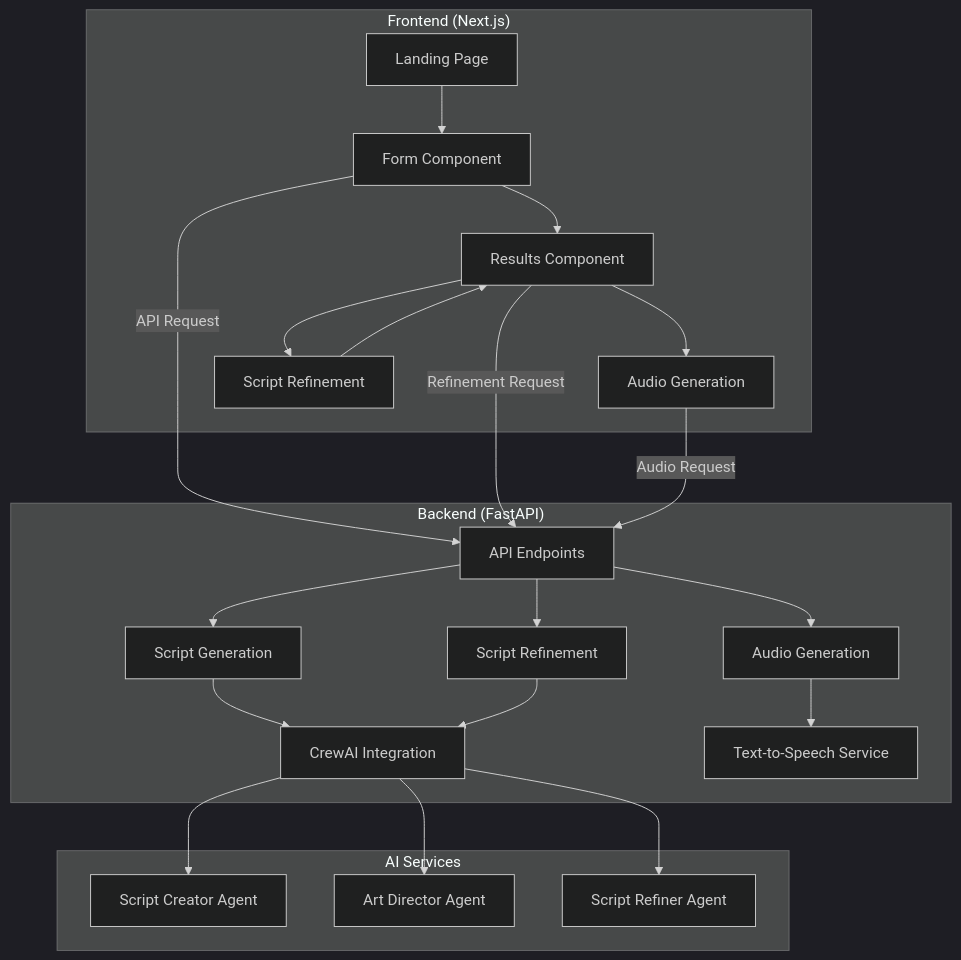
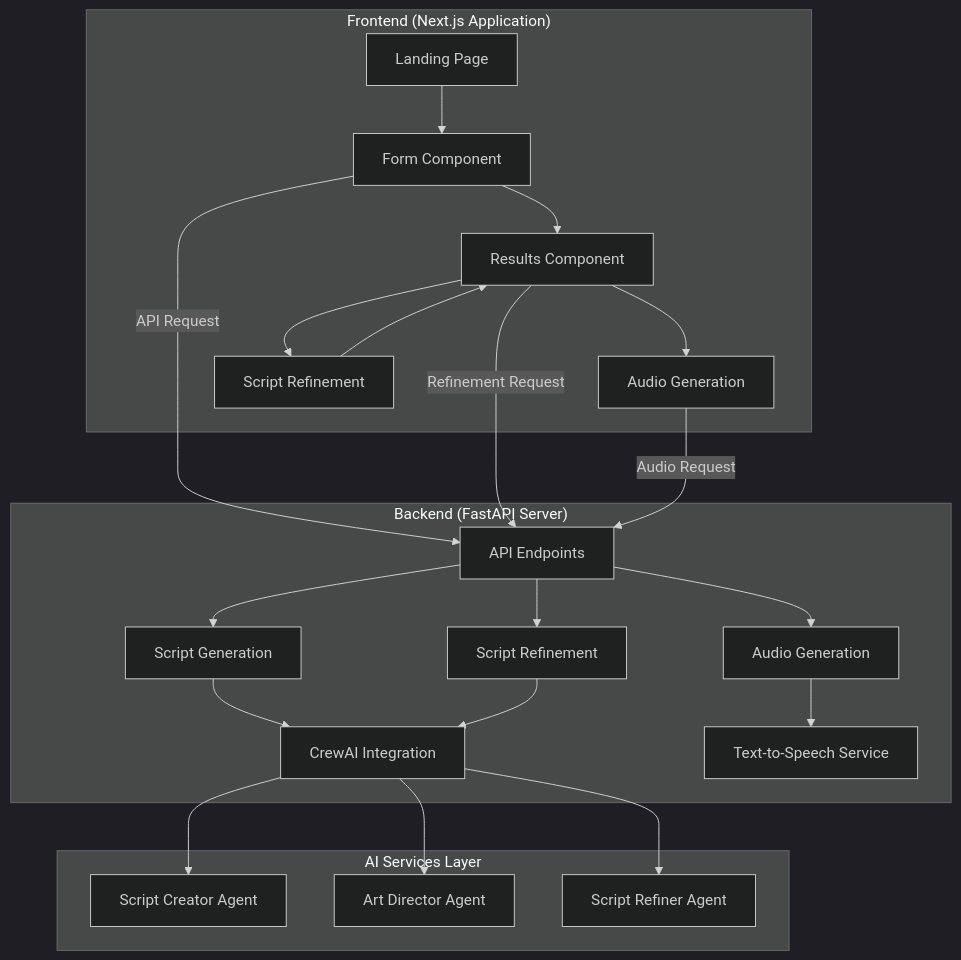
Before and after one commit to abhivir-42/marketing-app-ad-gen: the first of 7 diagrams in project-presentation.md, drawn with Mermaid (dark theme). The commit also changed other lines of this file, not shown here.

Commit message:
Fix: Text truncation in diagrams, more code examples, small fixes in presentation.

````diff
--- a/project-presentation.md
+++ b/project-presentation.md
@@ -51,29 +53,29 @@
 ```mermaid
 graph TB
-    subgraph "Frontend (Next.js)"
-        A[Landing Page] --> B[Form Component]
-        B --> C[Results Component]
-        C --> D[Audio Generation]
-        C --> E[Script Refinement]
+    subgraph "Frontend (Next.js Application)"
+        A["Landing Page"] --> B["Form Component"]
+        B --> C["Results Component"]
+        C --> D["Audio Generation"]
+        C --> E["Script Refinement"]
         E --> C
     end
     
-    subgraph "Backend (FastAPI)"
-        F[API Endpoints] --> G[Script Generation]
-        F --> H[Script Refinement]
-        F --> I[Audio Generation]
-        G --> J[CrewAI Integration]
+    subgraph "Backend (FastAPI Server)"
+        F["API Endpoints"] --> G["Script Generation"]
+        F --> H["Script Refinement"]
+        F --> I["Audio Generation"]
+        G --> J["CrewAI Integration"]
         H --> J
-        I --> K[Text-to-Speech Service]
+        I --> K["Text-to-Speech Service"]
     end
     
-    subgraph "AI Services"
-        J --> L[Script Creator Agent]
-        J --> M[Art Director Agent]
-        J --> N[Script Refiner Agent]
+    subgraph "AI Services Layer"
+        J --> L["Script Creator Agent"]
+        J --> M["Art Director Agent"]
+        J --> N["Script Refiner Agent"]
     end
     
-    B --> |API Request| F
-    C --> |Refinement Request| F
-    D --> |Audio Request| F
+    B -->|"API Request"| F
+    C -->|"Refinement Request"| F
+    D -->|"Audio Request"| F
 ```
````
